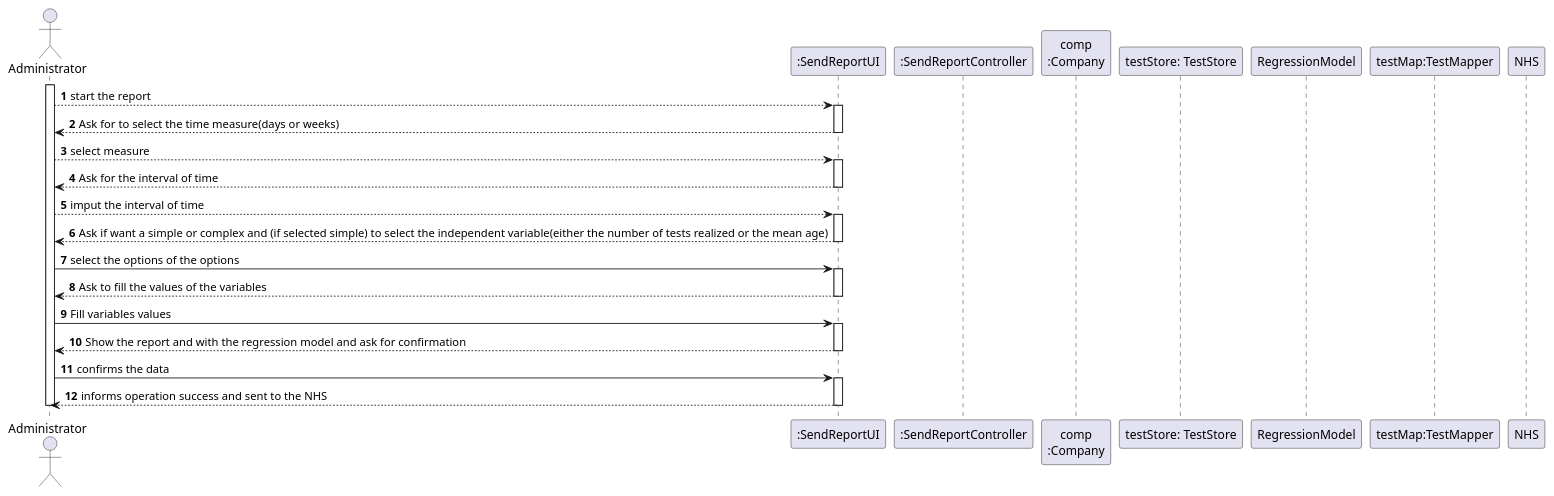
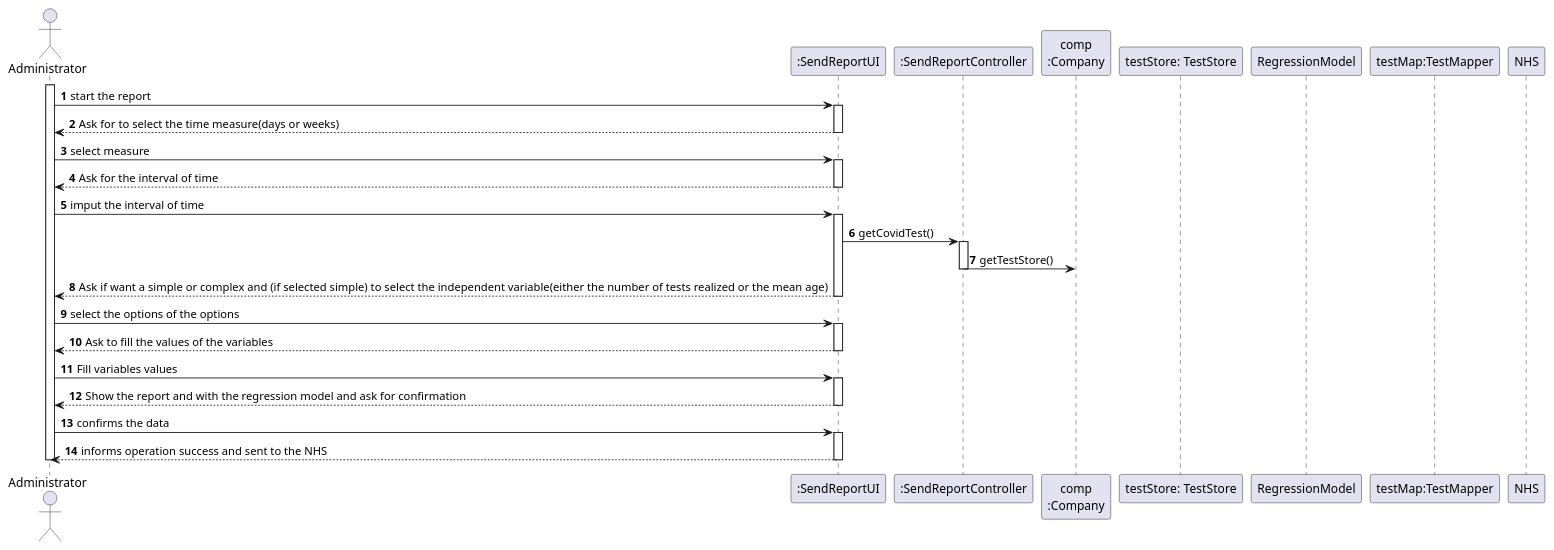
One commit to GuilhermeCunha79/lapr2 changed the diagram in docs/SprintD/US18/UC18_SD.puml. Above: the diagram before and after it, drawn with PlantUML. The commit also changed 7 other files, not shown here.

```diff
--- a/docs/SprintD/US18/UC18_SD.puml
+++ b/docs/SprintD/US18/UC18_SD.puml
@@ -1,47 +1,51 @@
 @startuml
 'https://plantuml.com/sequence-diagram
 
 autonumber
 
 actor "Administrator" as Ad
 participant ":SendReportUI" as UI
 participant ":SendReportController" as CTRL
 participant "comp\n:Company" as COMP
 
 
 
 
 participant "testStore: TestStore" as TSTORE
 
 participant "RegressionModel" as SAMPLE
 participant "testMap:TestMapper" as TMAPPER
 participant "NHS" as  N
 activate Ad
-Ad--> UI : start the report
+
+Ad-> UI : start the report
 activate "UI"
-
 "UI"--> Ad : Ask for to select the time measure(days or weeks)
 deactivate "UI"
-Ad --> "UI" : select measure
+Ad -> "UI" : select measure
 activate "UI"
 "UI"--> Ad : Ask for the interval of time
 deactivate "UI"
-Ad --> "UI" : imput the interval of time
+Ad -> "UI" : imput the interval of time
 activate "UI"
+    "UI"->"CTRL" : getCovidTest()
+    activate CTRL
+        CTRL -> COMP : getTestStore()
+    deactivate CTRL
 "UI" --> Ad : Ask if want a simple or complex and (if selected simple) to select the independent variable(either the number of tests realized or the mean age)
 deactivate "UI"
 Ad -> "UI" : select the options of the options
 activate "UI"
 "UI" --> Ad : Ask to fill the values of the variables
 deactivate "UI"
 Ad -> "UI" : Fill variables values
 activate "UI"
 "UI" --> Ad : Show the report and with the regression model and ask for confirmation
 deactivate "UI"
 Ad -> "UI" :  confirms the data
 activate "UI"
 "UI" --> Ad : informs operation success and sent to the NHS
 deactivate "UI"
 
 deactivate Ad
 @enduml
```
